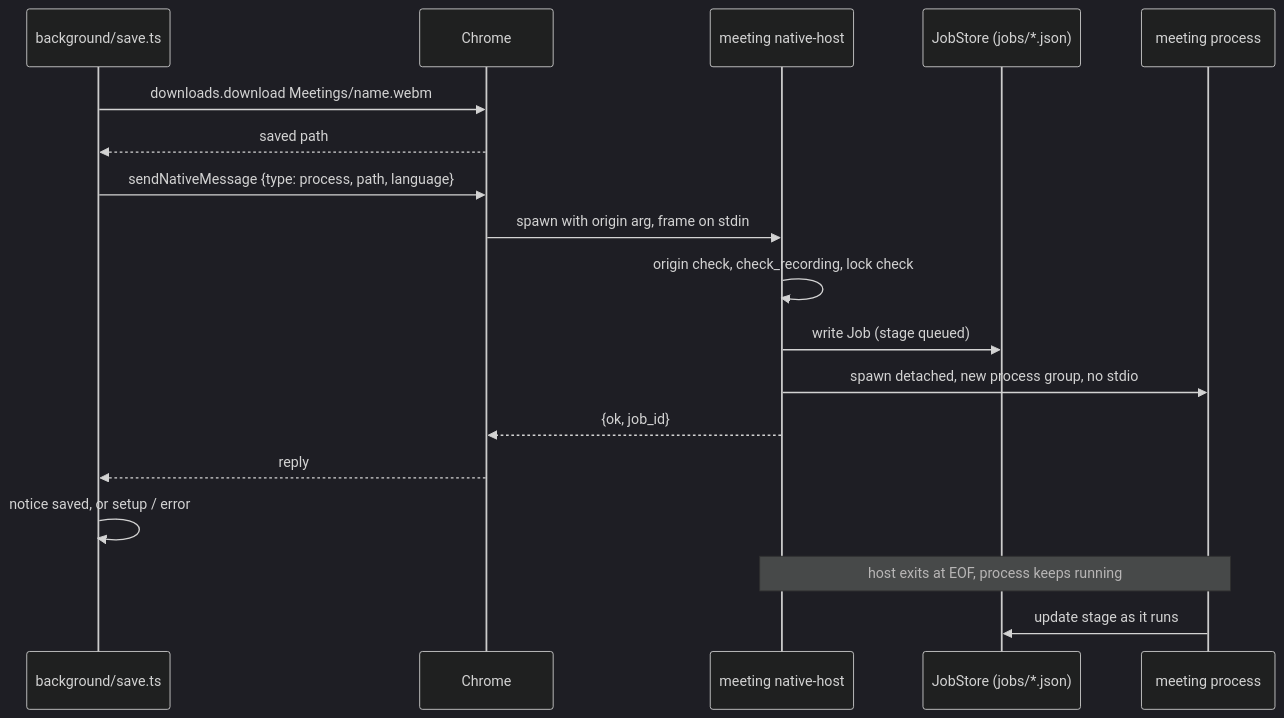
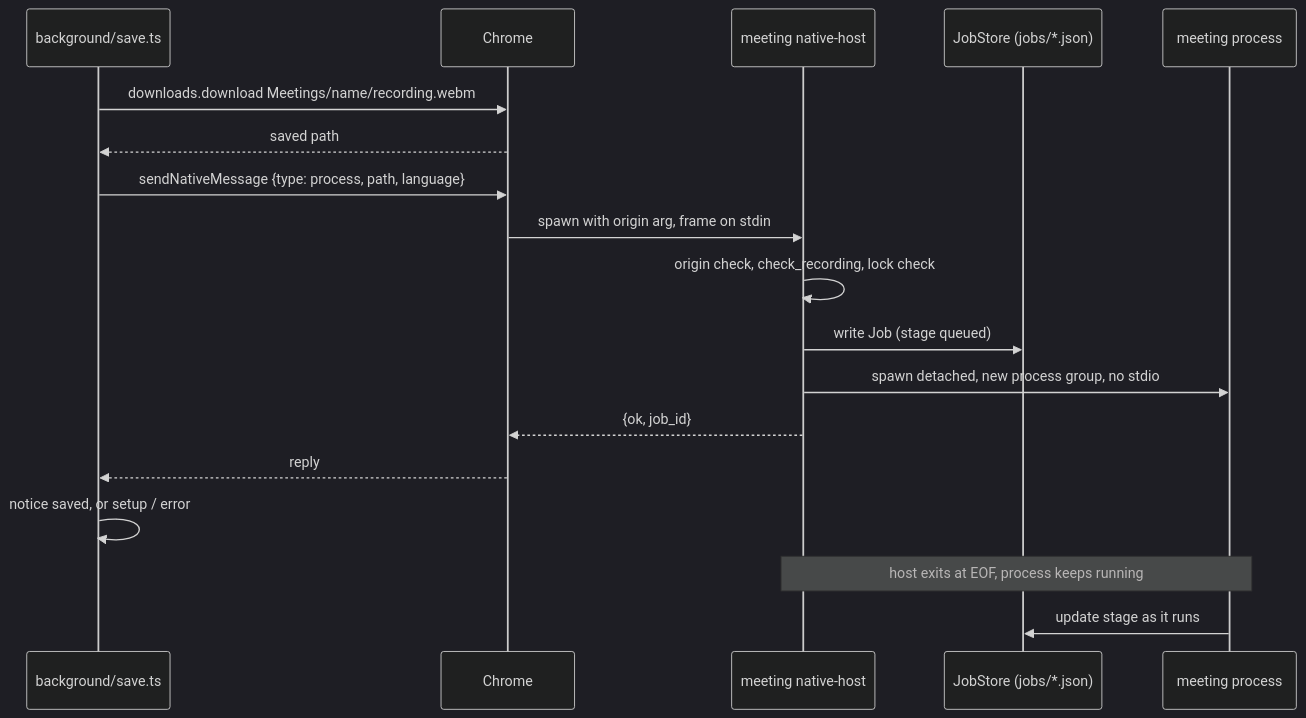
The diagram in docs/features/native-messaging.md (masnun-siam/meeting-manager), drawn with Mermaid (dark theme) before and after one commit. The commit also changed 5 other files, not shown here.

````diff
--- a/docs/features/native-messaging.md
+++ b/docs/features/native-messaging.md
@@ -59,21 +59,21 @@
 ```mermaid
 sequenceDiagram
     participant BG as background/save.ts
     participant C as Chrome
     participant H as meeting native-host
     participant S as JobStore (jobs/*.json)
     participant P as meeting process
 
-    BG->>C: downloads.download Meetings/name.webm
+    BG->>C: downloads.download Meetings/name/recording.webm
     C-->>BG: saved path
     BG->>C: sendNativeMessage {type: process, path, language}
     C->>H: spawn with origin arg, frame on stdin
     H->>H: origin check, check_recording, lock check
     H->>S: write Job (stage queued)
     H->>P: spawn detached, new process group, no stdio
     H-->>C: {ok, job_id}
     C-->>BG: reply
     BG->>BG: notice saved, or setup / error
     Note over H,P: host exits at EOF, process keeps running
     P->>S: update stage as it runs
 ```
````
